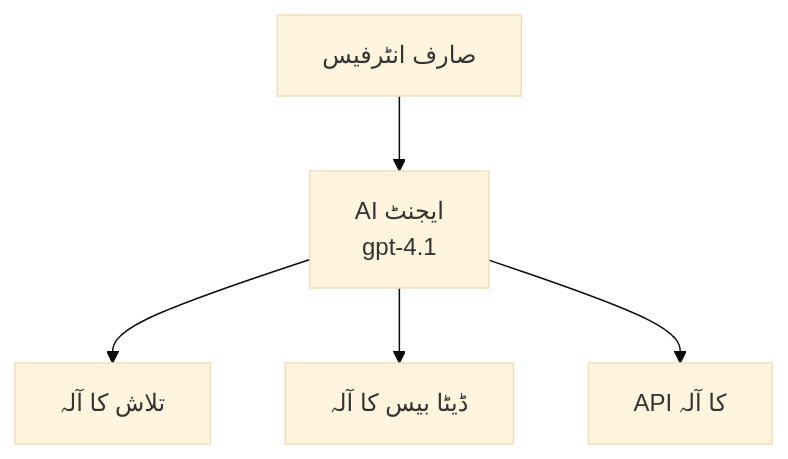
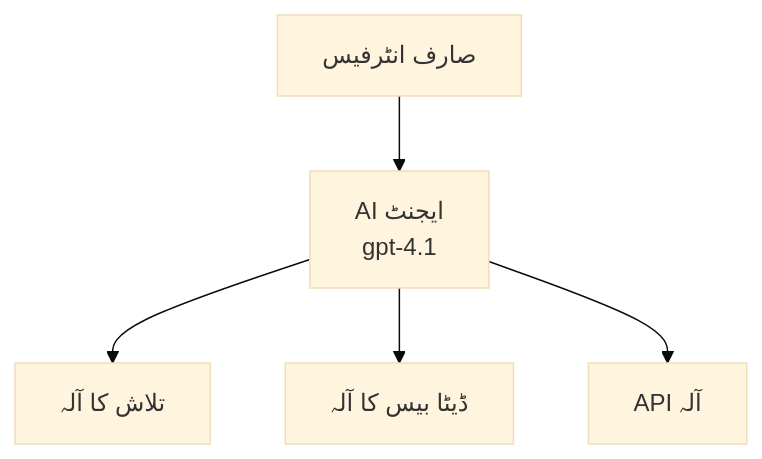
The first of 3 diagrams in translations/ur/docs/chapter-02-ai-development/agents.md (microsoft/AZD-for-beginners), drawn with Mermaid (base theme) before and after one commit. The commit also changed other lines of this file and 104 other files, not shown here.

````diff
--- a/translations/ur/docs/chapter-02-ai-development/agents.md
+++ b/translations/ur/docs/chapter-02-ai-development/agents.md
@@ -157,7 +162,7 @@
 ```mermaid
 graph TD
     UI[صارف انٹرفیس] --> Agent[AI ایجنٹ<br/>gpt-4.1]
     Agent --> Search[تلاش کا آلہ]
     Agent --> Database[ڈیٹا بیس کا آلہ]
-    Agent --> API[API کا آلہ]
-```  
+    Agent --> API[API آلہ]
+```
````
